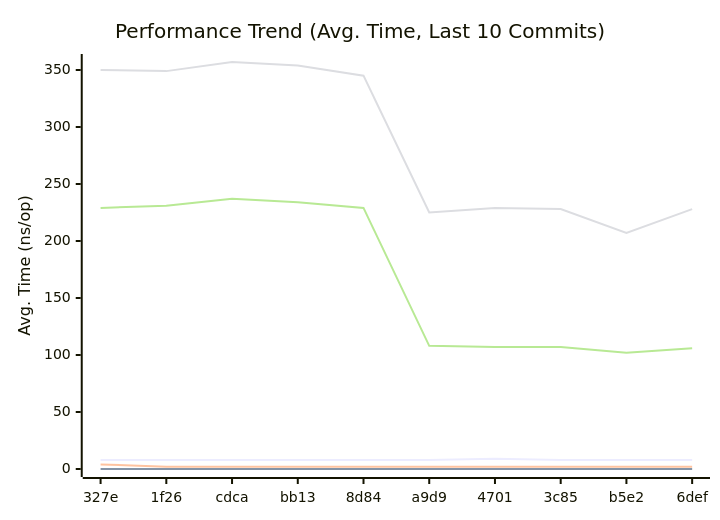
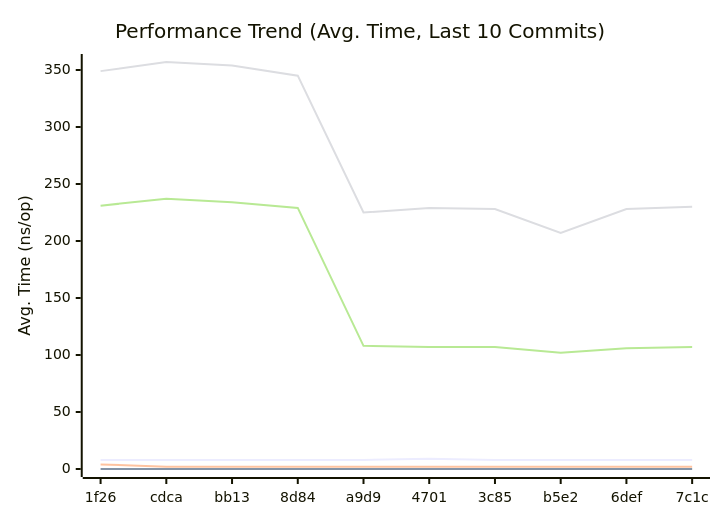
Before and after one commit to alsotoes/momo: the first of 3 diagrams in doc/README.md, drawn with Mermaid. The commit also changed other lines of this file and 1 other file, not shown here.

````diff
--- a/doc/README.md
+++ b/doc/README.md
@@ -290,12 +290,12 @@
 ```mermaid
 xychart-beta
     title "Performance Trend (Avg. Time, Last 10 Commits)"
     x-axis "Commit"
     y-axis "Avg. Time (ns/op)"
-    x-axis [327e,1f26,cdca,bb13,8d84,a9d9,4701,3c85,b5e2,6def]
-    line "CheckMetricsAndSwap" [8,8,8,8,8,8,9,8,8,8]
+    x-axis [1f26,cdca,bb13,8d84,a9d9,4701,3c85,b5e2,6def,7c1c]
+    line "CheckMetricsAndSwap" [8,8,8,8,8,9,8,8,8,8]
     line "IndexDirectTracking" [0,0,0,0,0,0,0,0,0,0]
     line "IndexSearch" [4,2,2,2,2,2,2,2,2,2]
-    line "ParseReplicationOrder_NoPrealloc" [350,349,357,354,345,225,229,228,207,228]
-    line "ParseReplicationOrder_Prealloc" [229,231,237,234,229,108,107,107,102,106]
+    line "ParseReplicationOrder_NoPrealloc" [349,357,354,345,225,229,228,207,228,230]
+    line "ParseReplicationOrder_Prealloc" [231,237,234,229,108,107,107,102,106,107]
 ```
````
